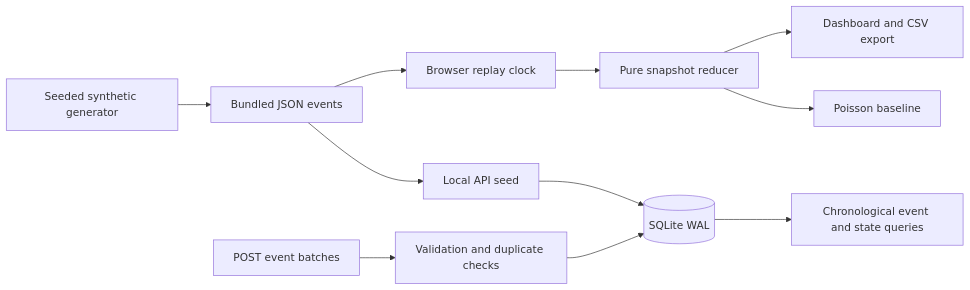
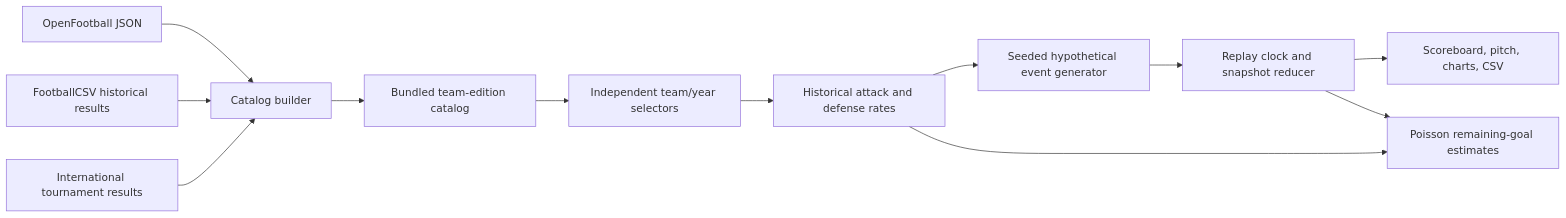
The diagram in docs/architecture.md (rjrddy/jogo_bonito), drawn with Mermaid before and after one commit. The commit also changed other lines of this file and 11 other files, not shown here.

Commit message:
Add historical team editions and seeded cross-era match simulator

````diff
--- a/docs/architecture.md
+++ b/docs/architecture.md
@@ -5,13 +3,14 @@
 ```mermaid
 flowchart LR
-  G[Seeded synthetic generator] --> J[Bundled JSON events]
-  J --> B[Browser replay clock]
-  B --> R[Pure snapshot reducer]
-  R --> D[Dashboard and CSV export]
-  R --> P[Poisson baseline]
-  J --> S[Local API seed]
-  I[POST event batches] --> V[Validation and duplicate checks]
-  V --> Q[(SQLite WAL)]
-  S --> Q
-  Q --> A[Chronological event and state queries]
+  O[OpenFootball JSON] --> I[Catalog builder]
+  C[FootballCSV historical results] --> I
+  N[International tournament results] --> I
+  I --> J[Bundled team-edition catalog]
+  J --> B[Independent team/year selectors]
+  B --> R[Historical attack and defense rates]
+  R --> S[Seeded hypothetical event generator]
+  S --> T[Replay clock and snapshot reducer]
+  T --> D[Scoreboard, pitch, charts, CSV]
+  R --> P[Poisson remaining-goal estimates]
+  T --> P
 ```
````
